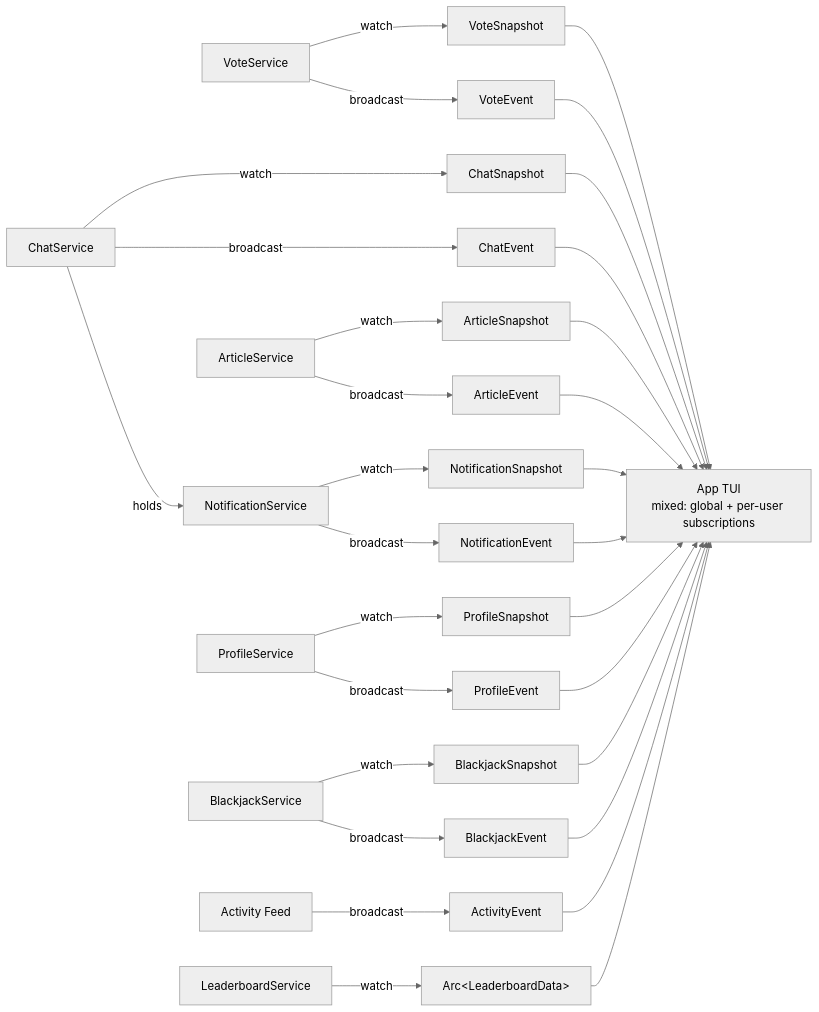
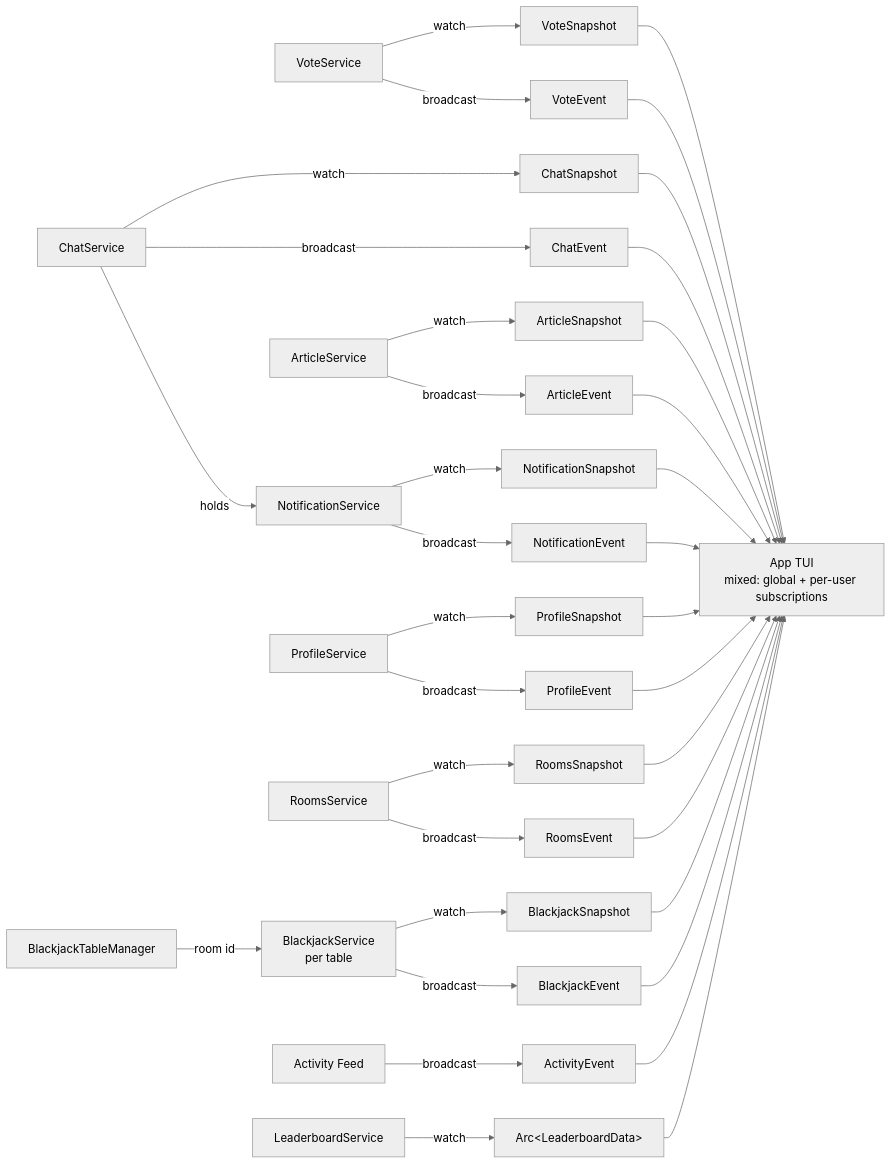
Before and after one commit to mpiorowski/late-sh: the fourth of 7 diagrams in CONTEXT.md, drawn with Mermaid (neutral theme). The commit also changed other lines of this file and 13 other files, not shown here.

````diff
--- a/CONTEXT.md
+++ b/CONTEXT.md
@@ -203,33 +203,38 @@
 ```mermaid
 flowchart LR
     VS["VoteService"] -->|"watch"| VSS["VoteSnapshot"]
     VS -->|"broadcast"| VSE["VoteEvent"]
     CS["ChatService"] -->|"watch"| CSS["ChatSnapshot"]
     CS -->|"broadcast"| CSE["ChatEvent"]
     AS["ArticleService"] -->|"watch"| ASS["ArticleSnapshot"]
     AS -->|"broadcast"| ASE["ArticleEvent"]
     NS["NotificationService"] -->|"watch"| NSS["NotificationSnapshot"]
     NS -->|"broadcast"| NSE["NotificationEvent"]
     CS -->|"holds"| NS
     PS["ProfileService"] -->|"watch"| PSS["ProfileSnapshot"]
     PS -->|"broadcast"| PSE["ProfileEvent"]
-    BJS["BlackjackService"] -->|"watch"| BJSS["BlackjackSnapshot"]
+    RS["RoomsService"] -->|"watch"| RSS["RoomsSnapshot"]
+    RS -->|"broadcast"| RSE["RoomsEvent"]
+    BJM["BlackjackTableManager"] -->|"room id"| BJS["BlackjackService<br/>per table"]
+    BJS -->|"watch"| BJSS["BlackjackSnapshot"]
     BJS -->|"broadcast"| BJSE["BlackjackEvent"]
     AF["Activity Feed"] -->|"broadcast"| AFE["ActivityEvent"]
     LB["LeaderboardService"] -->|"watch"| LBS["Arc&lt;LeaderboardData&gt;"]
 
     VSS --> APP["App TUI<br/>mixed: global + per-user subscriptions"]
     VSE --> APP
     CSS --> APP
     CSE --> APP
     ASS --> APP
     ASE --> APP
     NSS --> APP
     NSE --> APP
     PSS --> APP
     PSE --> APP
+    RSS --> APP
+    RSE --> APP
     BJSS --> APP
     BJSE --> APP
     AFE --> APP
     LBS --> APP
 ```
````
